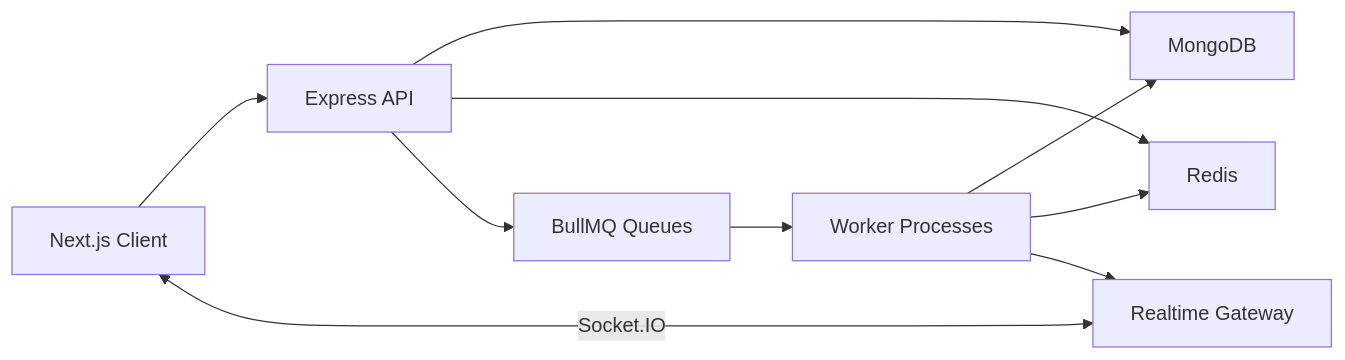
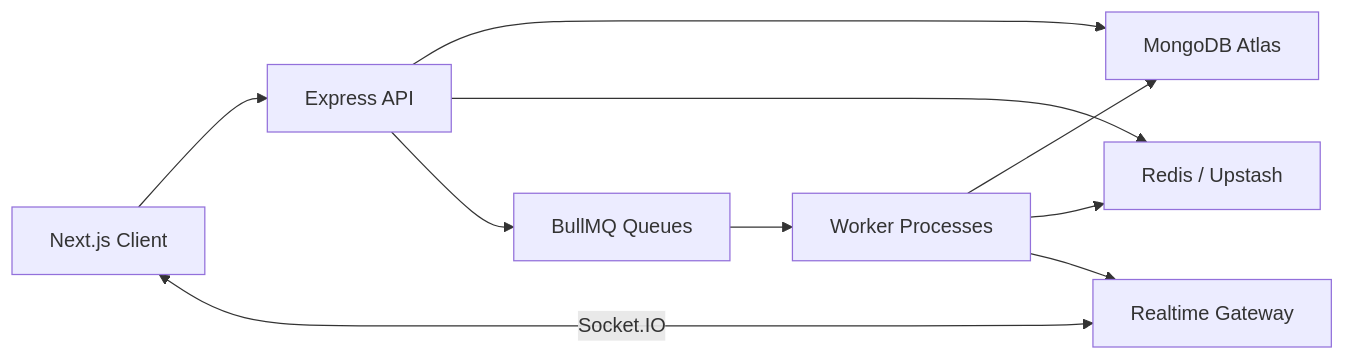
One commit to SriHarshaRajuY/RiskLens changed the first of 2 diagrams in README.md. Above: the diagram before and after it, drawn with Mermaid. The commit also changed other lines of this file and 19 other files, not shown here.

Commit message:
add sample portfolio flow and import observability

````diff
--- a/README.md
+++ b/README.md
@@ -159,12 +103,12 @@
 ```mermaid
 flowchart LR
   Client["Next.js Client"] --> API["Express API"]
   Client <-->|Socket.IO| Realtime["Realtime Gateway"]
-  API --> Mongo["MongoDB"]
-  API --> Redis["Redis"]
+  API --> Mongo["MongoDB Atlas"]
+  API --> Redis["Redis / Upstash"]
   API --> Queues["BullMQ Queues"]
   Queues --> Workers["Worker Processes"]
   Workers --> Mongo
   Workers --> Redis
   Workers --> Realtime
 ```
````
